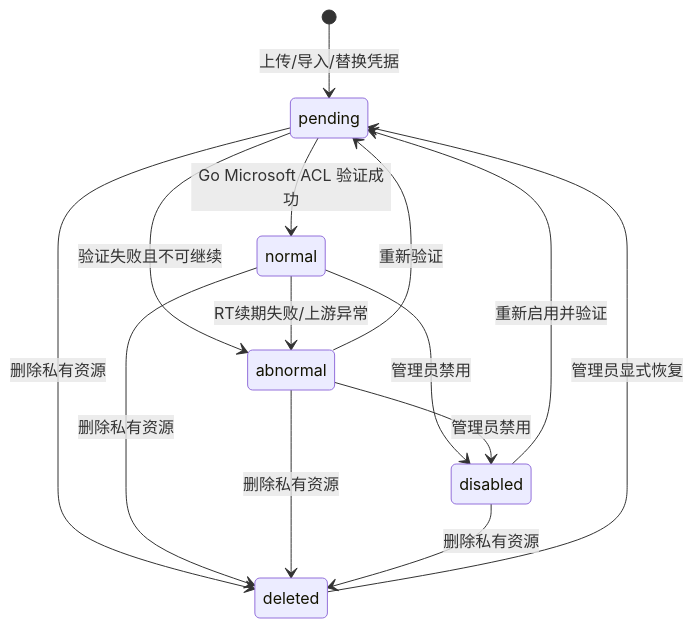
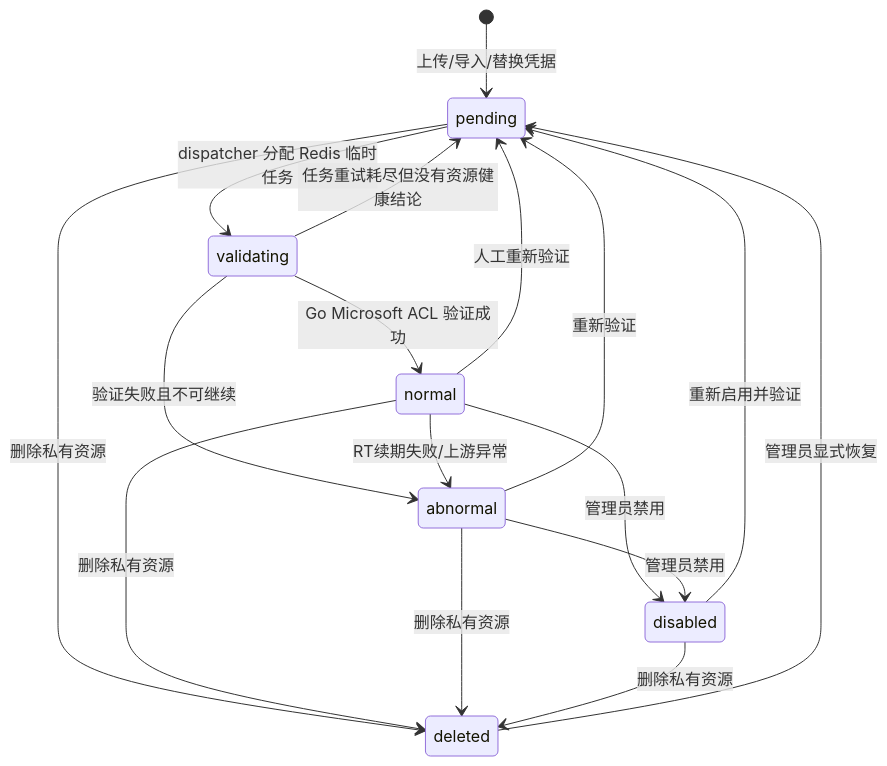
Before and after one commit to donnel666/remail: the first of 3 diagrams in docs/1-core-mailbox-project.md, drawn with Mermaid. The commit also changed other lines of this file and 121 other files, not shown here.

````diff
--- a/docs/1-core-mailbox-project.md
+++ b/docs/1-core-mailbox-project.md
@@ -126,16 +129,19 @@
 ```mermaid
 stateDiagram-v2
     [*] --> pending: 上传/导入/替换凭据
-    pending --> normal: Go Microsoft ACL 验证成功
-    pending --> abnormal: 验证失败且不可继续
+    pending --> validating: dispatcher 分配 Redis 临时任务
+    validating --> normal: Go Microsoft ACL 验证成功
+    validating --> abnormal: 验证失败且不可继续
+    validating --> pending: 任务重试耗尽但没有资源健康结论
+    normal --> pending: 人工重新验证
     normal --> abnormal: RT续期失败/上游异常
     normal --> disabled: 管理员禁用
     abnormal --> pending: 重新验证
     abnormal --> disabled: 管理员禁用
     disabled --> pending: 重新启用并验证
     pending --> deleted: 删除私有资源
     normal --> deleted: 删除私有资源
     abnormal --> deleted: 删除私有资源
     disabled --> deleted: 删除私有资源
     deleted --> pending: 管理员显式恢复
 ```
````
